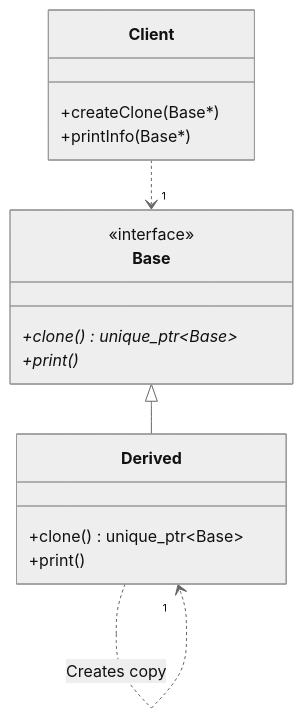
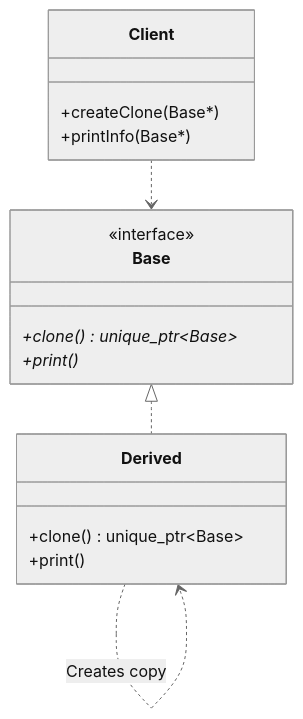
The diagram in 04_Prototype/README.md (Cichlidfishexigency721/Modern-CPP-Design-Patterns), drawn with Mermaid (neutral theme) before and after one commit. The commit also changed 22 other files, not shown here.

Commit message:
UML improvement

````diff
--- a/04_Prototype/README.md
+++ b/04_Prototype/README.md
@@ -45,27 +45,27 @@
 ```mermaid
 classDiagram
     class Base {
         <<interface>>
         +clone()* unique_ptr~Base~
         +print()*
     }
     
     class Derived {
         +clone() unique_ptr~Base~
         +print()
     }
 
     class Client {
         +createClone(Base*)
         +printInfo(Base*)
     }
 
     %% Inheritance relationship
-    Base <|-- Derived
+    Base <|.. Derived
 
     %% The clone method creates a new instance of the same concrete type
-    Derived ..> "1" Derived : Creates copy
+    Derived ..> Derived : Creates copy
 
     %% Client depends on the abstraction
-    Client ..> "1" Base
+    Client ..> Base
 ```
````
